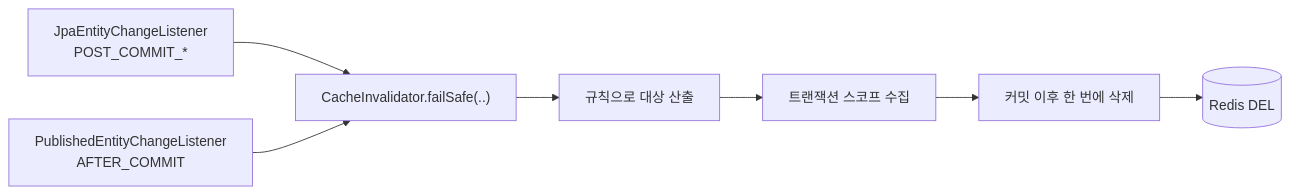
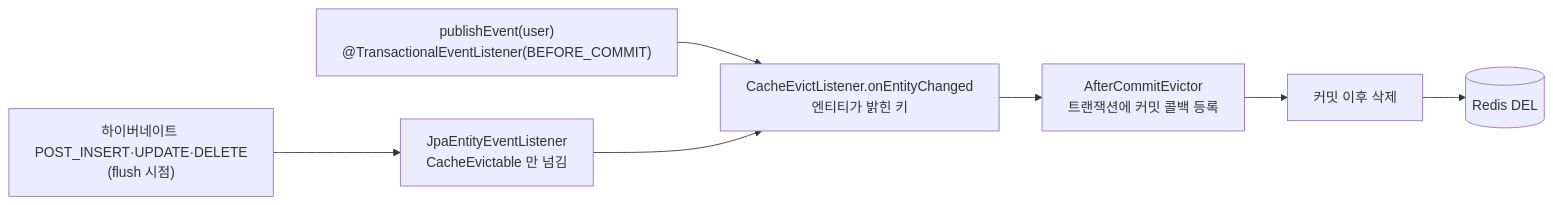
One commit to gmoon92/toy changed the third of 3 diagrams in spring-cache/cache-invalidation-strategy/write-invalidate/README.md. Above: the diagram before and after it, drawn with Mermaid. The commit also changed other lines of this file and 37 other files, not shown here.

````diff
--- a/spring-cache/cache-invalidation-strategy/write-invalidate/README.md
+++ b/spring-cache/cache-invalidation-strategy/write-invalidate/README.md
@@ -93,9 +93,9 @@
 ```mermaid
 flowchart LR
-    H["JpaEntityChangeListener<br/>POST_COMMIT_*"] --> S
-    P["PublishedEntityChangeListener<br/>AFTER_COMMIT"] --> S
-    S["CacheInvalidator.failSafe(..)"] --> RU[규칙으로 대상 산출]
-    RU --> PEND[트랜잭션 스코프 수집]
-    PEND --> EV[커밋 이후 한 번에 삭제]
+    H["하이버네이트 POST_INSERT·UPDATE·DELETE<br/>(flush 시점)"] --> J["JpaEntityEventListener<br/>CacheEvictable 만 넘김"]
+    P["publishEvent(user)<br/>@TransactionalEventListener(BEFORE_COMMIT)"] --> L
+    J --> L["CacheEvictListener.onEntityChanged<br/>엔티티가 밝힌 키"]
+    L --> PEND["AfterCommitEvictor<br/>트랜잭션에 커밋 콜백 등록"]
+    PEND --> EV[커밋 이후 삭제]
     EV --> C[(Redis DEL)]
 ```
````
